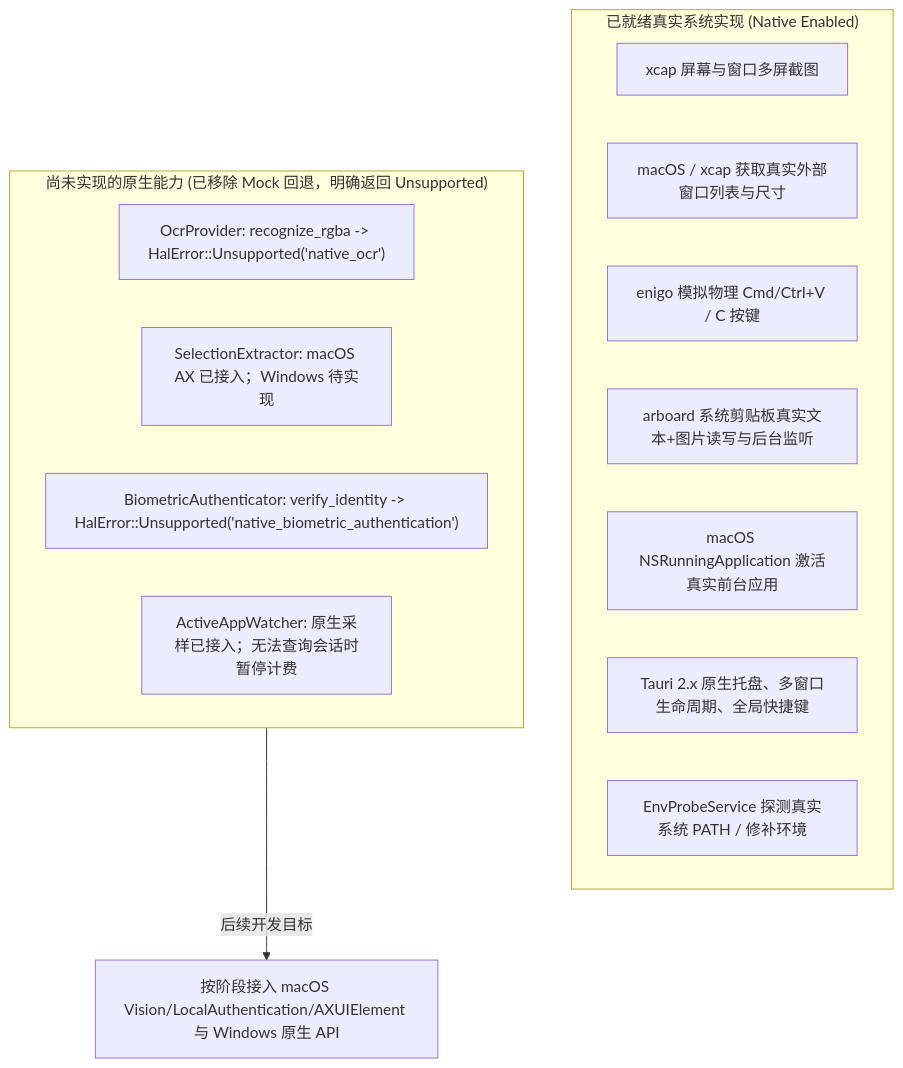
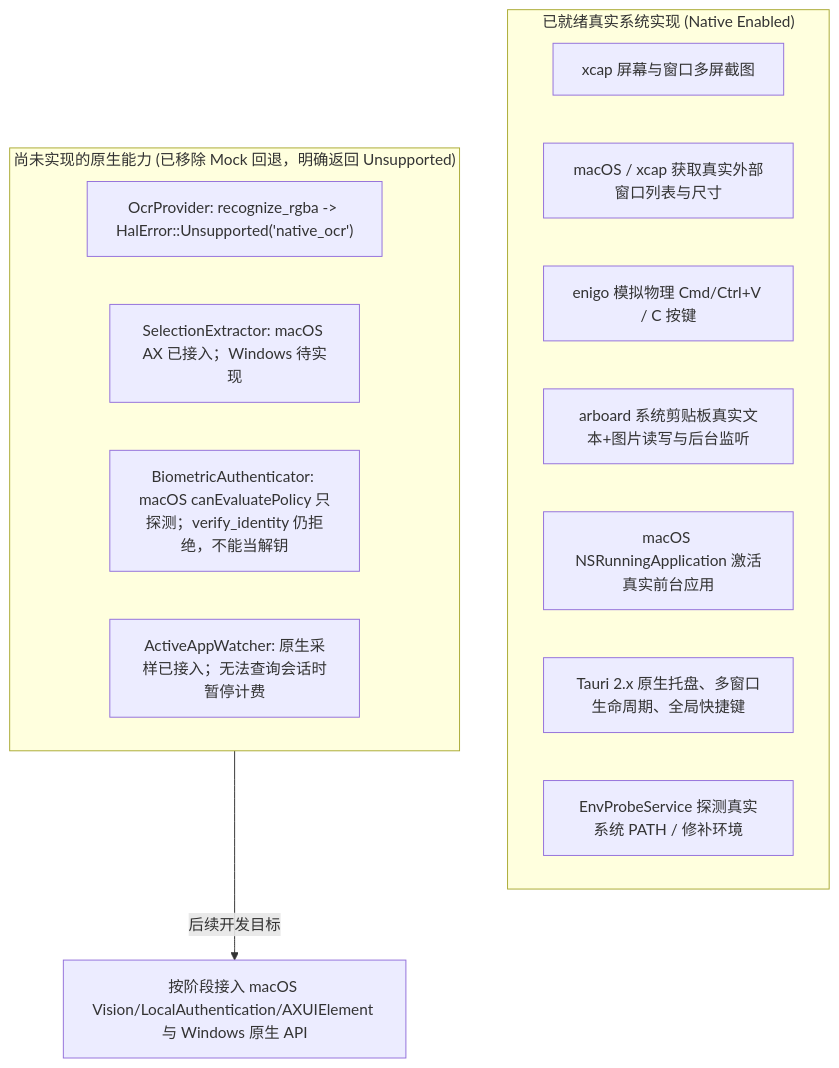
One commit to dongyan3721/YourAllIn1Helper changed the second of 3 diagrams in DEVELOPMENT_CHECKLIST.md. Above: the diagram before and after it, drawn with Mermaid. The commit also changed other lines of this file and 37 other files, not shown here.

First line of the commit message:
wip(vault): checkpoint unfinished macOS biometric unlock

````diff
--- a/DEVELOPMENT_CHECKLIST.md
+++ b/DEVELOPMENT_CHECKLIST.md
@@ -62,21 +62,21 @@
 ```mermaid
 flowchart TD
     subgraph Real["已就绪真实系统实现 (Native Enabled)"]
         R1["xcap 屏幕与窗口多屏截图"]
         R2["macOS / xcap 获取真实外部窗口列表与尺寸"]
         R3["enigo 模拟物理 Cmd/Ctrl+V / C 按键"]
         R4["arboard 系统剪贴板真实文本+图片读写与后台监听"]
         R5["macOS NSRunningApplication 激活真实前台应用"]
         R6["Tauri 2.x 原生托盘、多窗口生命周期、全局快捷键"]
         R7["EnvProbeService 探测真实系统 PATH / 修补环境"]
     end
 
     subgraph Unsupported["尚未实现的原生能力 (已移除 Mock 回退，明确返回 Unsupported)"]
         M1["OcrProvider: recognize_rgba -> HalError::Unsupported('native_ocr')"]
         M2["SelectionExtractor: macOS AX 已接入；Windows 待实现"]
-        M3["BiometricAuthenticator: verify_identity -> HalError::Unsupported('native_biometric_authentication')"]
+        M3["BiometricAuthenticator: macOS canEvaluatePolicy 只探测；verify_identity 仍拒绝，不能当解钥"]
         M4["ActiveAppWatcher: 原生采样已接入；无法查询会话时暂停计费"]
     end
 
     Unsupported -->|后续开发目标| RealTransform["按阶段接入 macOS Vision/LocalAuthentication/AXUIElement 与 Windows 原生 API"]
 ```
````
